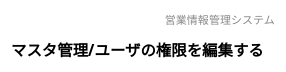
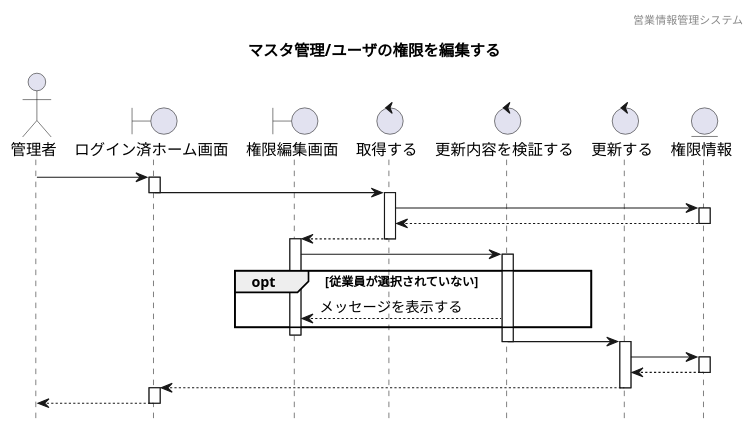
The diagram in 各種設計書/4シーケンス図/マスタ管理/3.ユーザ権限マスタ/ユーザ権限編集.wsd (HaruShim/Sotuken), drawn with PlantUML before and after one commit. The commit also changed 12 other files, not shown here.

```diff
--- a/各種設計書/4シーケンス図/マスタ管理/3.ユーザ権限マスタ/ユーザ権限編集.wsd
+++ b/各種設計書/4シーケンス図/マスタ管理/3.ユーザ権限マスタ/ユーザ権限編集.wsd
@@ -1,15 +1,53 @@
 @startuml sequence
 
 hide footbox
 header 営業情報管理システム
 title マスタ管理/ユーザの権限を編集する
 
 ' actor "" as 
+actor "管理者" as a1
 
-' boundary "" as 
+' boundary "" as
+boundary "ログイン済ホーム画面" as b1
+boundary "権限編集画面" as b2 
 
-' control "" as 
+' control "" as
+control "取得する" as c1 
+control "更新内容を検証する" as c2
+control "更新する" as c3
 
 ' entity "" as
+entity "権限情報" as e1
+
+a1 -> b1
+activate b1
+b1 -> c1
+deactivate b1
+activate c1
+c1 -> e1
+activate e1
+e1 --> c1
+deactivate e1
+c1 --> b2
+deactivate c1
+activate b2
+b2 -> c2
+activate c2
+opt 従業員が選択されていない
+c2 --> b2 : メッセージを表示する
+end
+deactivate b2
+c2 -> c3
+deactivate c2
+activate c3
+c3 -> e1
+activate e1
+e1 --> c3
+deactivate e1
+c3 --> b1
+deactivate c3
+activate b1
+b1 --> a1
+deactivate b1
 
 @enduml
```
